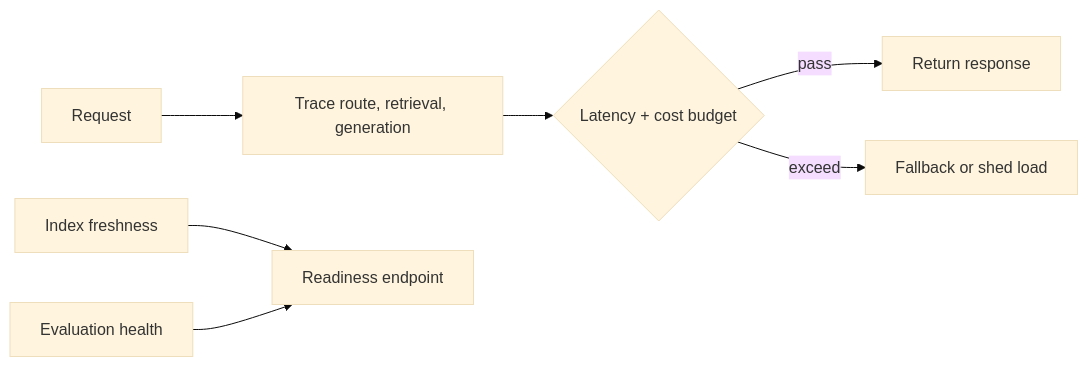
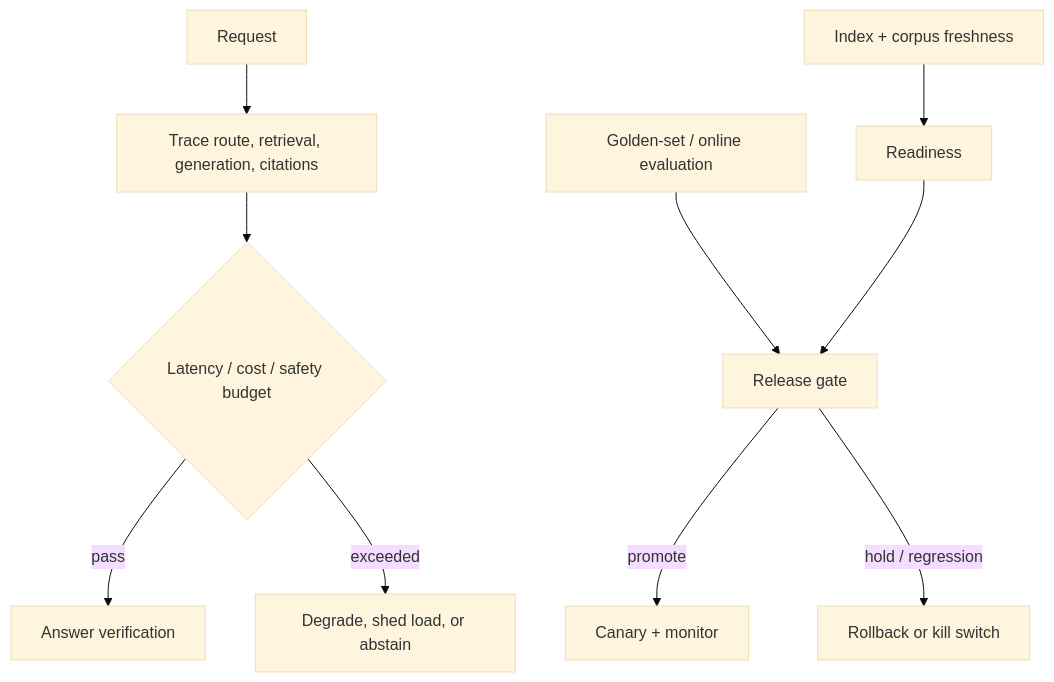
One commit to mahsa-teimourikia/awesome-rag changed the diagram in curriculum/advanced/05-production-operations/README.md. Above: the diagram before and after it, drawn with Mermaid (base theme). The commit also changed other lines of this file and 2 other files, not shown here.

````diff
--- a/curriculum/advanced/05-production-operations/README.md
+++ b/curriculum/advanced/05-production-operations/README.md
@@ -15,9 +21,12 @@
 ```mermaid
-flowchart LR
-  Q[Request] --> T[Trace route, retrieval, generation]
-  T --> B{Latency + cost budget}
-  B -->|pass| R[Return response]
-  B -->|exceed| F[Fallback or shed load]
-  I[Index freshness] --> H[Readiness endpoint]
-  E[Evaluation health] --> H
+flowchart TD
+  R["Request"] --> T["Trace route, retrieval, generation, citations"]
+  T --> B{"Latency / cost / safety budget"}
+  B -->|pass| V["Answer verification"]
+  B -->|exceeded| F["Degrade, shed load, or abstain"]
+  I["Index + corpus freshness"] --> H["Readiness"]
+  E["Golden-set / online evaluation"] --> G["Release gate"]
+  H --> G
+  G -->|promote| C["Canary + monitor"]
+  G -->|hold / regression| RB["Rollback or kill switch"]
 ```
````
